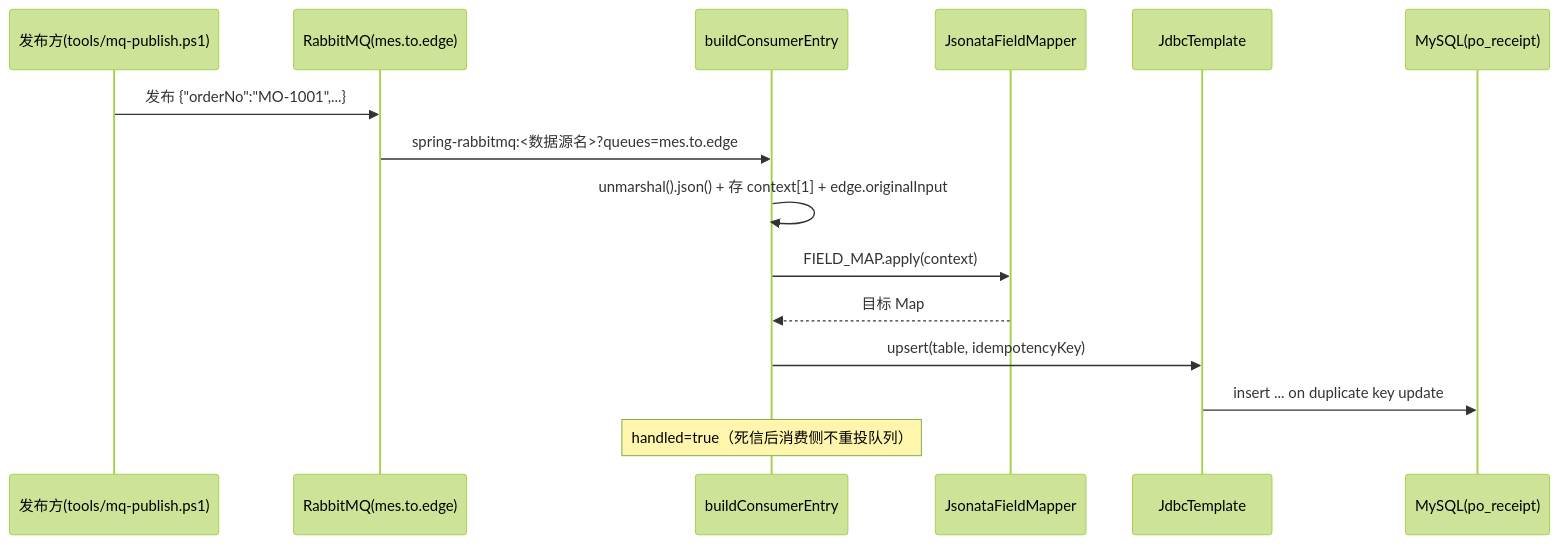
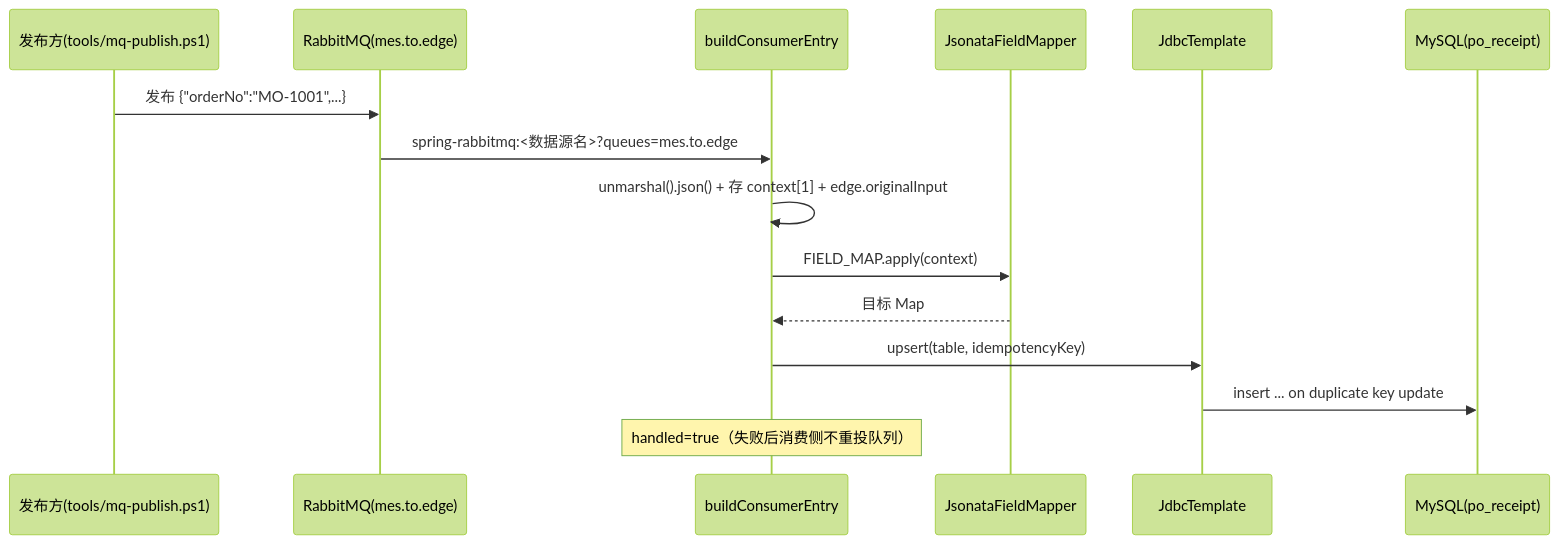
The diagram in docs/flows/southbound-sync.md (zz240/sailheader-mes-middleware), drawn with Mermaid (forest theme) before and after one commit. The commit also changed other lines of this file and 43 other files, not shown here.

````diff
--- a/docs/flows/southbound-sync.md
+++ b/docs/flows/southbound-sync.md
@@ -21,18 +21,18 @@
 ```mermaid
 sequenceDiagram
     participant PUB as 发布方(tools/mq-publish.ps1)
     participant MQ as RabbitMQ(mes.to.edge)
     participant RG as buildConsumerEntry
     participant FM as JsonataFieldMapper
     participant JDBC as JdbcTemplate
     participant DB as MySQL(po_receipt)
 
     PUB->>MQ: 发布 {"orderNo":"MO-1001",...}
     MQ->>RG: spring-rabbitmq:<数据源名>?queues=mes.to.edge
     RG->>RG: unmarshal().json() + 存 context[1] + edge.originalInput
     RG->>FM: FIELD_MAP.apply(context)
     FM-->>RG: 目标 Map
     RG->>JDBC: upsert(table, idempotencyKey)
     JDBC->>DB: insert ... on duplicate key update
-    Note over RG: handled=true（死信后消费侧不重投队列）
+    Note over RG: handled=true（失败后消费侧不重投队列）
 ```
````
